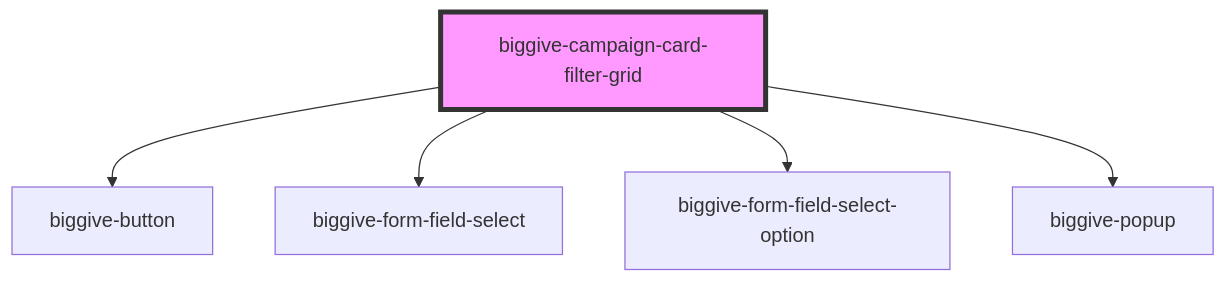
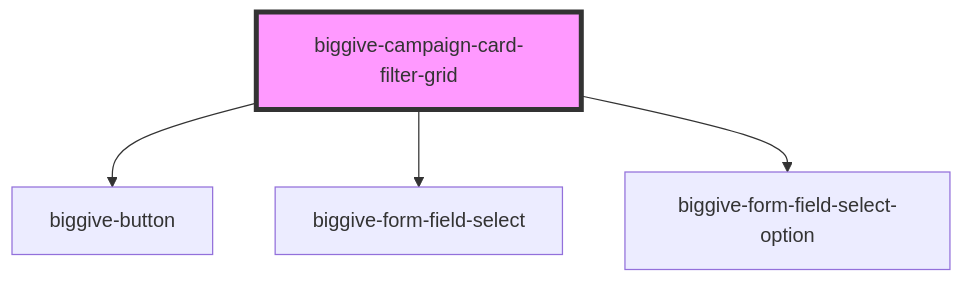
One commit to thebiggive/donate-frontend changed the diagram in src/components/biggive-campaign-card-filter-grid/readme.md. Above: the diagram before and after it, drawn with Mermaid. The commit also changed other lines of this file and 6 other files, not shown here.

````diff
--- a/src/components/biggive-campaign-card-filter-grid/readme.md
+++ b/src/components/biggive-campaign-card-filter-grid/readme.md
@@ -39,8 +38,7 @@
 ```mermaid
 graph TD;
   biggive-campaign-card-filter-grid --> biggive-button
   biggive-campaign-card-filter-grid --> biggive-form-field-select
   biggive-campaign-card-filter-grid --> biggive-form-field-select-option
-  biggive-campaign-card-filter-grid --> biggive-popup
   style biggive-campaign-card-filter-grid fill:#f9f,stroke:#333,stroke-width:4px
 ```
````
